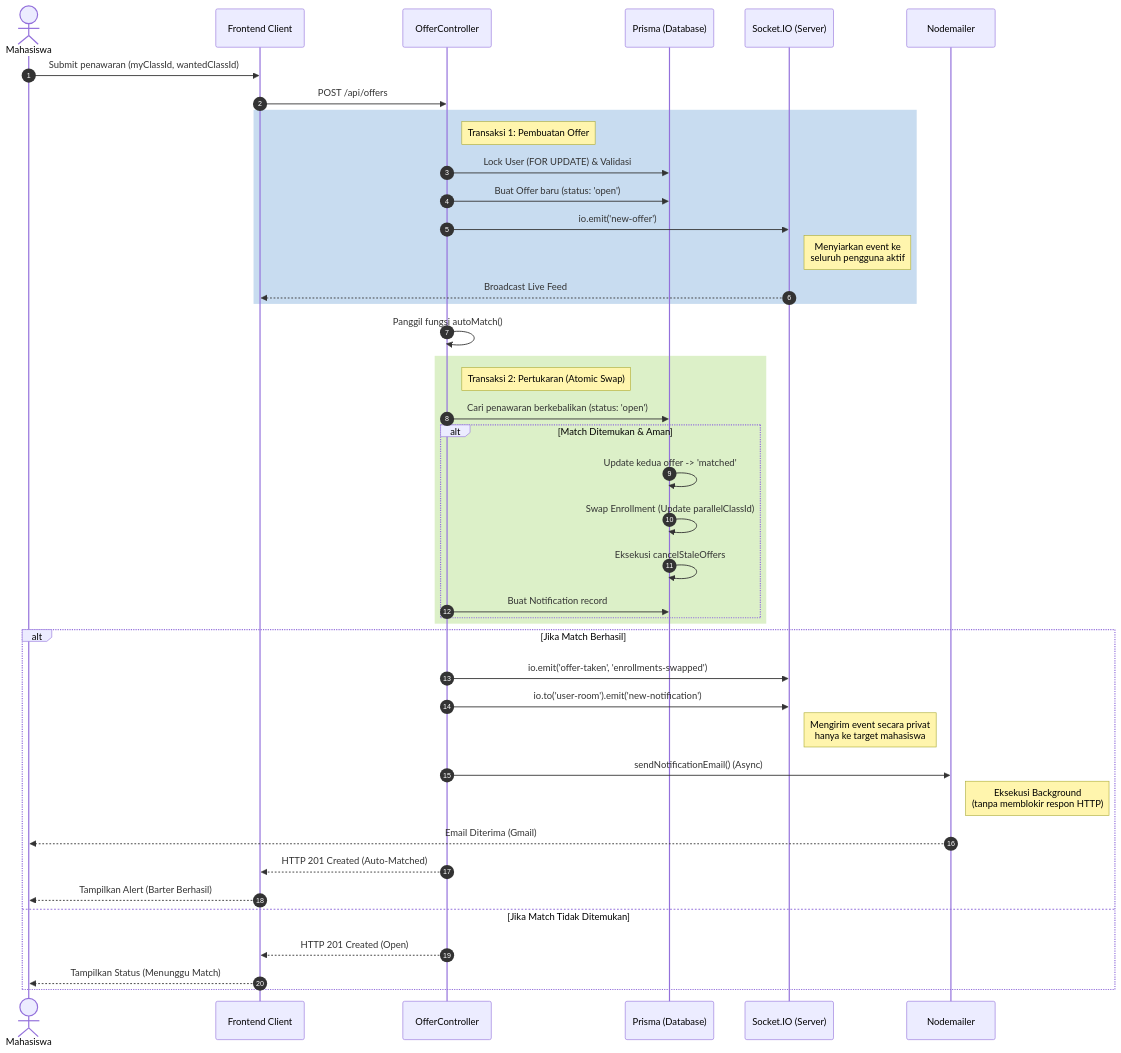
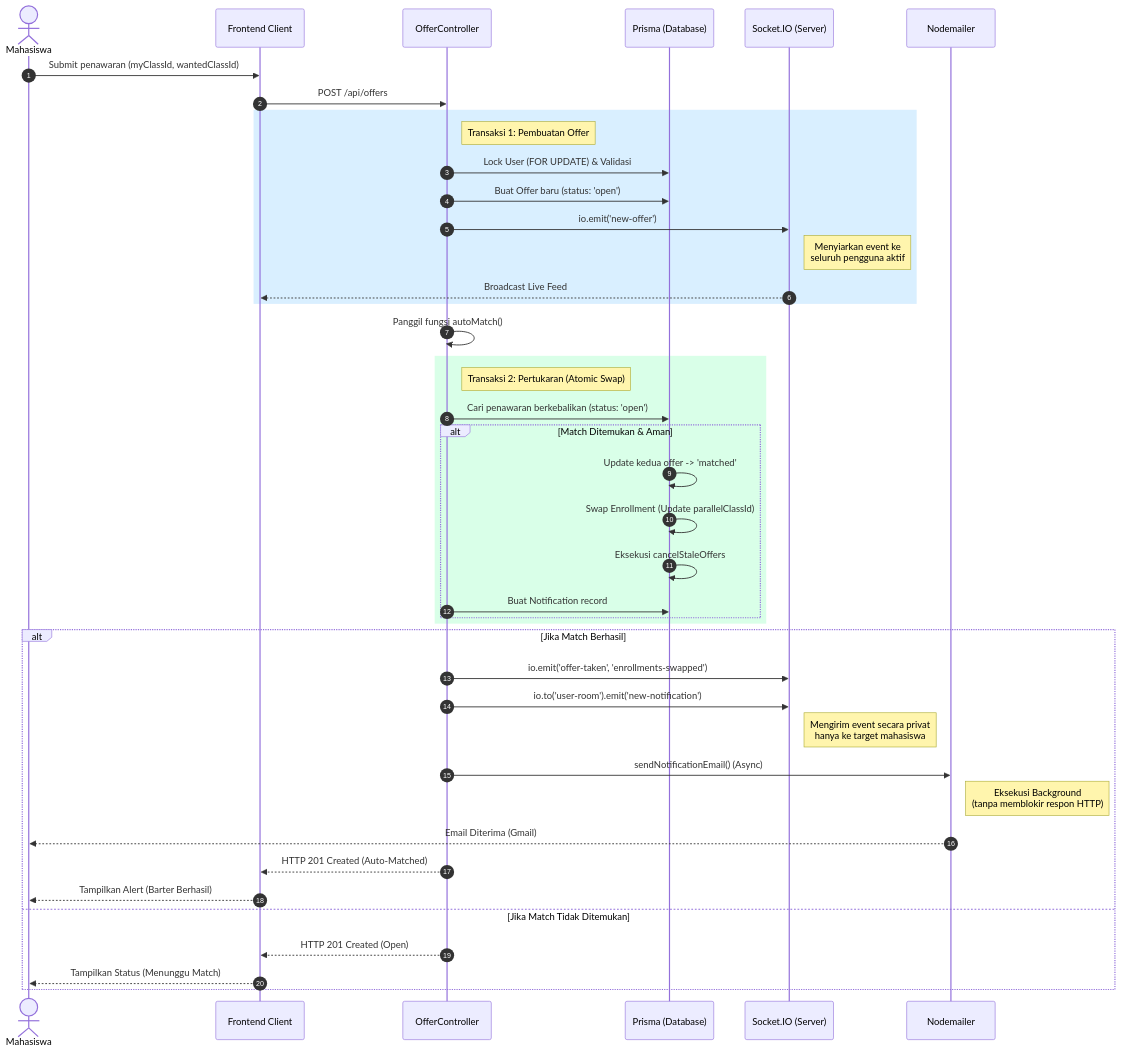
The fourth of 4 diagrams in laporan_akhir_bab_3_barter.md (gimigkk/KRSwitch-backend), drawn with Mermaid before and after one commit.

Commit message:
docs: laporan 6

````diff
--- a/laporan_akhir_bab_3_barter.md
+++ b/laporan_akhir_bab_3_barter.md
@@ -178,49 +178,49 @@
 ```mermaid
 sequenceDiagram
     autonumber
     actor M as Mahasiswa
     participant F as Frontend Client
     participant C as OfferController
     participant DB as Prisma (Database)
     participant WS as Socket.IO (Server)
     participant Mail as Nodemailer
 
     M->>F: Submit penawaran (myClassId, wantedClassId)
     F->>C: POST /api/offers
     
-    rect rgb(200, 220, 240)
+    rect rgba(0, 150, 255, 0.15)
         Note right of C: Transaksi 1: Pembuatan Offer
         C->>DB: Lock User (FOR UPDATE) & Validasi
         C->>DB: Buat Offer baru (status: 'open')
         C->>WS: io.emit('new-offer')
         Note right of WS: Menyiarkan event ke<br/>seluruh pengguna aktif
         WS-->>F: Broadcast Live Feed
     end
     
     C->>C: Panggil fungsi autoMatch()
     
-    rect rgb(220, 240, 200)
+    rect rgba(0, 255, 100, 0.15)
         Note right of C: Transaksi 2: Pertukaran (Atomic Swap)
         C->>DB: Cari penawaran berkebalikan (status: 'open')
         alt Match Ditemukan & Aman
             DB->>DB: Update kedua offer -> 'matched'
             DB->>DB: Swap Enrollment (Update parallelClassId)
             DB->>DB: Eksekusi cancelStaleOffers
             C->>DB: Buat Notification record
         end
     end
     
     alt Jika Match Berhasil
         C->>WS: io.emit('offer-taken', 'enrollments-swapped')
         C->>WS: io.to('user-room').emit('new-notification')
         Note right of WS: Mengirim event secara privat<br/>hanya ke target mahasiswa
         C->>Mail: sendNotificationEmail() (Async)
         Note right of Mail: Eksekusi Background<br/>(tanpa memblokir respon HTTP)
         Mail-->>M: Email Diterima (Gmail)
         C-->>F: HTTP 201 Created (Auto-Matched)
         F-->>M: Tampilkan Alert (Barter Berhasil)
     else Jika Match Tidak Ditemukan
         C-->>F: HTTP 201 Created (Open)
         F-->>M: Tampilkan Status (Menunggu Match)
     end
 ```
````
